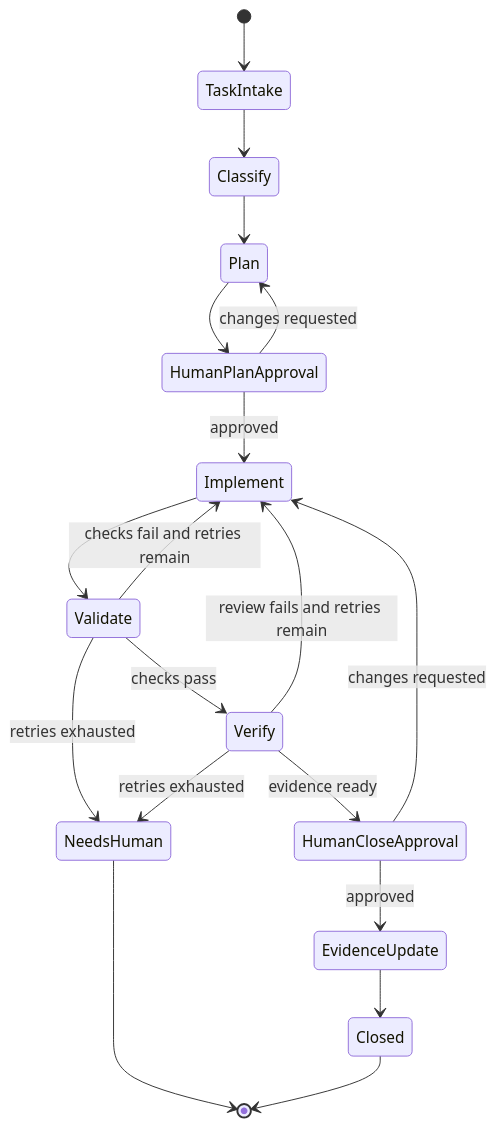
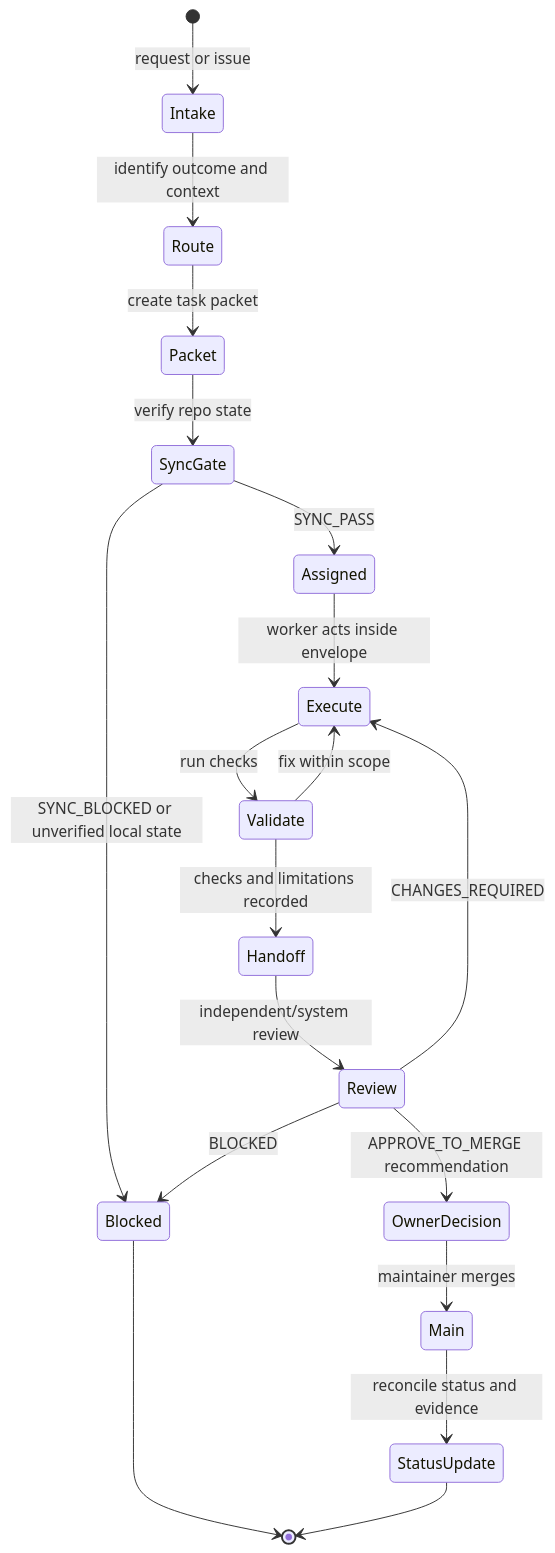
One commit to MightyM-ouse/trace changed the second of 3 diagrams in docs/architecture.md. Above: the diagram before and after it, drawn with Mermaid. The commit also changed other lines of this file, not shown here.

Commit message:
docs: clarify TRACE architecture diagram

````diff
--- a/docs/architecture.md
+++ b/docs/architecture.md
@@ -67,21 +111,21 @@
 ```mermaid
 stateDiagram-v2
-    [*] --> TaskIntake
-    TaskIntake --> Classify
-    Classify --> Plan
-    Plan --> HumanPlanApproval
-    HumanPlanApproval --> Implement: approved
-    HumanPlanApproval --> Plan: changes requested
-    Implement --> Validate
-    Validate --> Implement: checks fail and retries remain
-    Validate --> NeedsHuman: retries exhausted
-    Validate --> Verify: checks pass
-    Verify --> Implement: review fails and retries remain
-    Verify --> NeedsHuman: retries exhausted
-    Verify --> HumanCloseApproval: evidence ready
-    HumanCloseApproval --> Implement: changes requested
-    HumanCloseApproval --> EvidenceUpdate: approved
-    EvidenceUpdate --> Closed
-    NeedsHuman --> [*]
-    Closed --> [*]
+    [*] --> Intake: request or issue
+    Intake --> Route: identify outcome and context
+    Route --> Packet: create task packet
+    Packet --> SyncGate: verify repo state
+    SyncGate --> Blocked: SYNC_BLOCKED or unverified local state
+    SyncGate --> Assigned: SYNC_PASS
+    Assigned --> Execute: worker acts inside envelope
+    Execute --> Validate: run checks
+    Validate --> Execute: fix within scope
+    Validate --> Handoff: checks and limitations recorded
+    Handoff --> Review: independent/system review
+    Review --> Execute: CHANGES_REQUIRED
+    Review --> Blocked: BLOCKED
+    Review --> OwnerDecision: APPROVE_TO_MERGE recommendation
+    OwnerDecision --> Main: maintainer merges
+    Main --> StatusUpdate: reconcile status and evidence
+    StatusUpdate --> [*]
+    Blocked --> [*]
 ```
````
